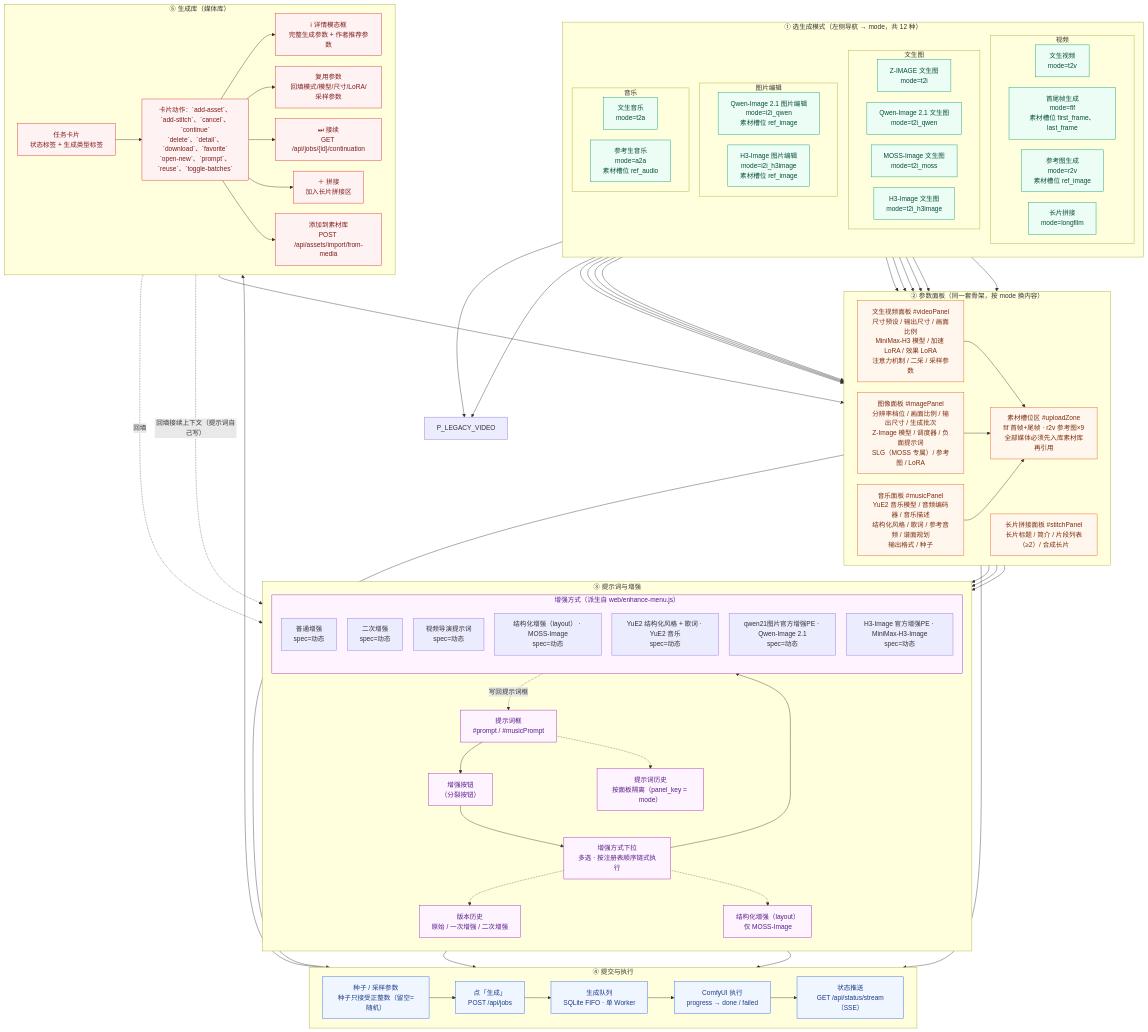
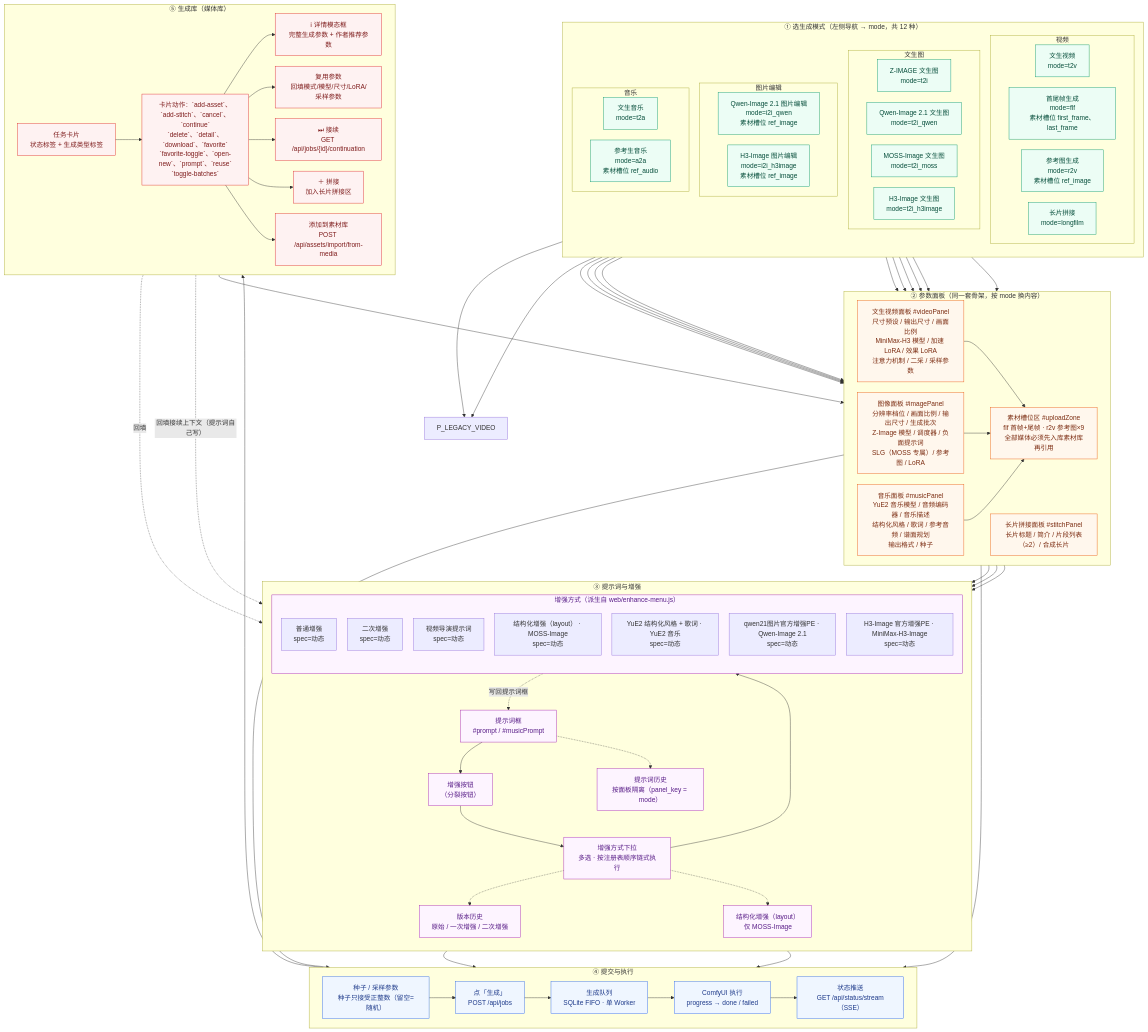
The diagram in docs/交互流程图-创作链路.mmd (pixelaigc/ComfyUI-MiniMax-H3-Studio), drawn with Mermaid before and after one commit. The commit also changed 141 other files, not shown here.

```diff
--- a/docs/交互流程图-创作链路.mmd
+++ b/docs/交互流程图-创作链路.mmd
@@ -1,148 +1,148 @@
 %%{init: {"flowchart": {"curve": "basis", "nodeSpacing": 26, "rankSpacing": 40, "htmlLabels": true}, "themeVariables": {"fontFamily": "Noto Sans CJK SC, Noto Sans SC, DejaVu Sans, sans-serif"}}}%%
 %% 交互流程图 · ① 创作链路（文生图 / 图片编辑 / 文生视频 / 音乐 / 长片拼接）
 %% 本文件由 scripts/gen_flow.py 从 scripts/templates/flow-create.mmd 生成，请勿手改。
 %% 要改流程形状请改 scripts/templates/flow-create.mmd，然后跑 `make flow`。
 flowchart TD
 
   %% ---------- 模式选择（节点内容派生自 gen_types.py）----------
   subgraph MODES["① 选生成模式（左侧导航 → mode，共 12 种）"]
     direction TB
     subgraph MV["视频"]
       direction LR
       M_t2v["文生视频<br/>mode=t2v"]
       M_flf["首尾帧生成<br/>mode=flf<br/>素材槽位 first_frame、last_frame"]
       M_r2v["参考图生成<br/>mode=r2v<br/>素材槽位 ref_image"]
       M_longfilm["长片拼接<br/>mode=longfilm"]
     end
     subgraph MI["文生图"]
       direction LR
       M_t2i["Z-IMAGE 文生图<br/>mode=t2i"]
       M_t2i_qwen["Qwen-Image 2.1 文生图<br/>mode=t2i_qwen"]
       M_t2i_moss["MOSS-Image 文生图<br/>mode=t2i_moss"]
       M_t2i_h3image["H3-Image 文生图<br/>mode=t2i_h3image"]
     end
     subgraph ME["图片编辑"]
       direction LR
       M_i2i_qwen["Qwen-Image 2.1 图片编辑<br/>mode=i2i_qwen<br/>素材槽位 ref_image"]
       M_i2i_h3image["H3-Image 图片编辑<br/>mode=i2i_h3image<br/>素材槽位 ref_image"]
     end
     subgraph MM["音乐"]
       direction LR
       M_t2a["文生音乐<br/>mode=t2a"]
       M_a2a["参考生音乐<br/>mode=a2a<br/>素材槽位 ref_audio"]
     end
   end
 
   %% ---------- 面板 ----------
   subgraph PANELS["② 参数面板（同一套骨架，按 mode 换内容）"]
     direction LR
     P_VIDEO["文生视频面板 #videoPanel<br/>尺寸预设 / 输出尺寸 / 画面比例<br/>MiniMax-H3 模型 / 加速 LoRA / 效果 LoRA<br/>注意力机制 / 二采 / 采样参数"]
     P_IMAGE["图像面板 #imagePanel<br/>分辨率档位 / 画面比例 / 输出尺寸 / 生成批次<br/>Z-Image 模型 / 调度器 / 负面提示词<br/>SLG（MOSS 专属）/ 参考图 / LoRA"]
     P_MUSIC["音乐面板 #musicPanel<br/>YuE2 音乐模型 / 音频编码器 / 音乐描述<br/>结构化风格 / 歌词 / 参考音频 / 谱面规划<br/>输出格式 / 种子"]
     P_STITCH["长片拼接面板 #stitchPanel<br/>长片标题 / 简介 / 片段列表（≥2）/ 合成长片"]
     P_UPLOAD["素材槽位区 #uploadZone<br/>flf 首帧+尾帧 · r2v 参考图×9<br/>全部媒体必须先入库素材库再引用"]
   end
 
   M_t2v --> P_VIDEO
   M_flf --> P_LEGACY_VIDEO
   M_r2v --> P_LEGACY_VIDEO
   M_t2i --> P_IMAGE
   M_t2i_qwen --> P_IMAGE
   M_i2i_qwen --> P_IMAGE
   M_t2i_moss --> P_IMAGE
   M_t2i_h3image --> P_IMAGE
   M_i2i_h3image --> P_IMAGE
   M_t2a --> P_MUSIC
   M_a2a --> P_MUSIC
   M_longfilm --> P_STITCH
 
   P_VIDEO --> P_UPLOAD
   P_IMAGE --> P_UPLOAD
   P_MUSIC --> P_UPLOAD
 
   %% ---------- 提示词 + 增强 ----------
   subgraph PROMPT["③ 提示词与增强"]
     direction TB
     PT["提示词框<br/>#prompt / #musicPrompt"]
     ENH_BTN["增强按钮<br/>（分裂按钮）"]
     ENH_MENU["增强方式下拉<br/>多选 · 按注册表顺序链式执行"]
     subgraph ENH_SPECS["增强方式（派生自 web/enhance-menu.js）"]
       direction TB
     E_basic["普通增强<br/>spec=动态"]
     E_refine["二次增强<br/>spec=动态"]
     E_director["视频导演提示词<br/>spec=动态"]
     E_layout["结构化增强（layout） · MOSS-Image<br/>spec=动态"]
     E_yue2_struct["YuE2 结构化风格 + 歌词 · YuE2 音乐<br/>spec=动态"]
     E_qwen_pe["qwen21图片官方增强PE · Qwen-Image 2.1<br/>spec=动态"]
     E_h3image_pe["H3-Image 官方增强PE · MiniMax-H3-Image<br/>spec=动态"]
     end
     HIST["提示词历史<br/>按面板隔离（panel_key = mode）"]
     VER["版本历史<br/>原始 / 一次增强 / 二次增强"]
     MOSS["结构化增强（layout）<br/>仅 MOSS-Image"]
   end
 
   PT --> ENH_BTN
   ENH_BTN --> ENH_MENU
   ENH_MENU --> ENH_SPECS
   ENH_SPECS -.->|"写回提示词框"| PT
   PT -.-> HIST
   ENH_MENU -.-> VER
   ENH_MENU -.-> MOSS
 
   P_VIDEO --> PT
   P_IMAGE --> PT
   P_MUSIC --> PT
 
   %% ---------- 提交与执行 ----------
   subgraph RUN["④ 提交与执行"]
     direction LR
     SEED["种子 / 采样参数<br/>种子只接受正整数（留空=随机）"]
     GEN["点「生成」<br/>POST /api/jobs"]
     QUEUE["生成队列<br/>SQLite FIFO · 单 Worker"]
     COMFY["ComfyUI 执行<br/>progress → done / failed"]
     SSE["状态推送<br/>GET /api/status/stream（SSE）"]
   end
 
   SEED --> GEN
   GEN --> QUEUE --> COMFY
   COMFY --> SSE
 
   P_UPLOAD --> GEN
   PT --> GEN
   ENH_SPECS --> GEN
   P_STITCH --> GEN
 
   %% ---------- 产物侧 ----------
   subgraph OUT["⑤ 生成库（媒体库）"]
     direction LR
     LIB["任务卡片<br/>状态标签 + 生成类型标签"]
-    ACTS["卡片动作：`add-asset`、`add-stitch`、`cancel`、`continue`<br/>`delete`、`detail`、`download`、`favorite`<br/>`open-new`、`prompt`、`reuse`、`toggle-batches`"]
+    ACTS["卡片动作：`add-asset`、`add-stitch`、`cancel`、`continue`<br/>`delete`、`detail`、`download`、`favorite`<br/>`favorite-toggle`、`open-new`、`prompt`、`reuse`<br/>`toggle-batches`"]
     DETAIL["ℹ 详情模态框<br/>完整生成参数 + 作者推荐参数"]
     REUSE["复用参数<br/>回填模式/模型/尺寸/LoRA/采样参数"]
     CONT["⏭ 接续<br/>GET /api/jobs/{id}/continuation"]
     STITCH["＋ 拼接<br/>加入长片拼接区"]
     ASSET["添加到素材库<br/>POST /api/assets/import/from-media"]
   end
 
   COMFY --> LIB
   LIB --> ACTS
   ACTS --> DETAIL
   ACTS --> REUSE
   ACTS --> CONT
   ACTS --> STITCH
   ACTS --> ASSET
   REUSE -.->|"回填"| PT
   CONT -.->|"回填接续上下文（提示词自己写）"| PT
   STITCH --> P_STITCH
 
   classDef mode fill:#ecfdf5,stroke:#059669,stroke-width:1px,color:#064e3b;
   classDef panel fill:#fff7ed,stroke:#ea580c,stroke-width:1px,color:#7c2d12;
   classDef prompt fill:#fdf4ff,stroke:#a21caf,stroke-width:1px,color:#581c87;
   classDef run fill:#eff6ff,stroke:#2563eb,stroke-width:1px,color:#1e3a8a;
   classDef out fill:#fef2f2,stroke:#dc2626,stroke-width:1px,color:#7f1d1d;
 
   class M_t2v,M_flf,M_r2v,M_longfilm,M_t2i,M_t2i_qwen,M_t2i_moss,M_t2i_h3image,M_i2i_qwen,M_i2i_h3image,M_t2a,M_a2a mode;
   class P_VIDEO,P_IMAGE,P_MUSIC,P_STITCH,P_UPLOAD panel;
   class PT,ENH_BTN,ENH_MENU,ENH_SPECS,HIST,VER,MOSS prompt;
   class SEED,GEN,QUEUE,COMFY,SSE run;
   class LIB,ACTS,DETAIL,REUSE,CONT,STITCH,ASSET out;
```
